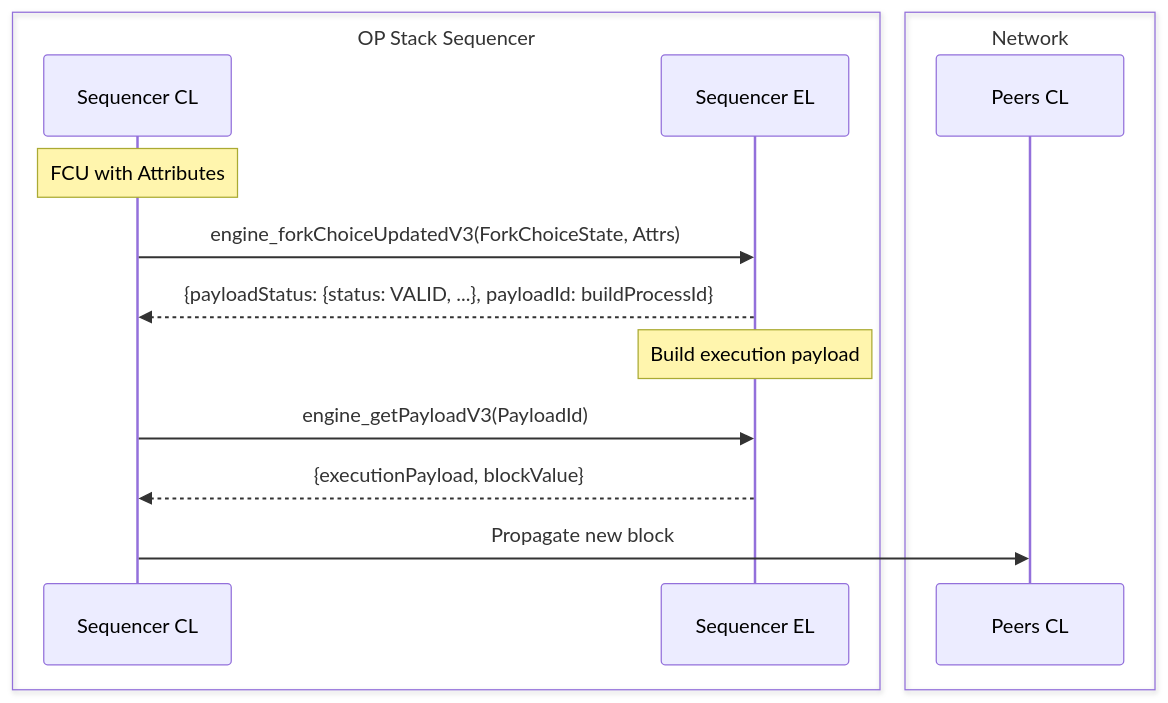
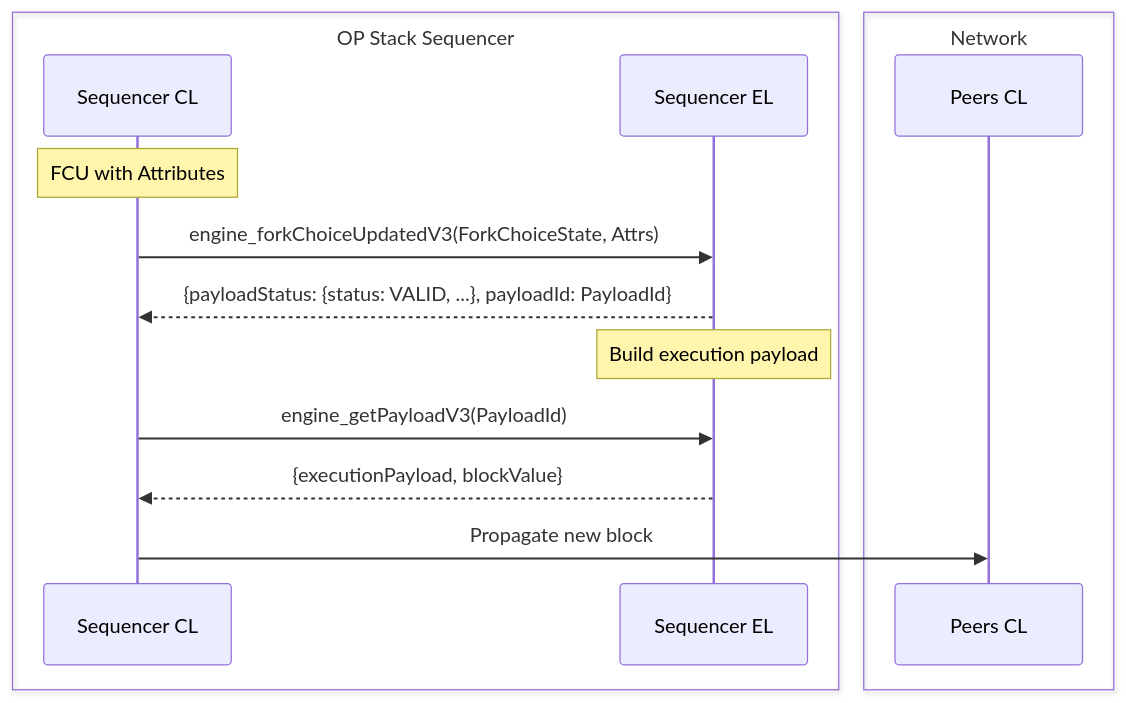
Before and after one commit to worldcoin/world-chain: the first of 2 diagrams in specs/pbh/architecture.md, drawn with Mermaid. The commit also changed other lines of this file, not shown here.

Commit message:
update rollup boost sequence diagram

````diff
--- a/specs/pbh/architecture.md
+++ b/specs/pbh/architecture.md
@@ -9,20 +9,20 @@
 ```mermaid
 sequenceDiagram
     box OP Stack Sequencer
         participant sequencer-cl as Sequencer CL
         participant sequencer-el as Sequencer EL
     end
     box Network
         participant peers-cl as Peers CL
     end
 
     Note over sequencer-cl: FCU with Attributes
     sequencer-cl->>sequencer-el: engine_forkChoiceUpdatedV3(ForkChoiceState, Attrs)
-    sequencer-el-->>sequencer-cl: {payloadStatus: {status: VALID, ...}, payloadId: buildProcessId}
+    sequencer-el-->>sequencer-cl: {payloadStatus: {status: VALID, ...}, payloadId: PayloadId}
     Note over sequencer-el: Build execution payload
     sequencer-cl->>sequencer-el: engine_getPayloadV3(PayloadId)
     sequencer-el-->>sequencer-cl: {executionPayload, blockValue}
     sequencer-cl->>peers-cl: Propagate new block
 
 
 ```
````
